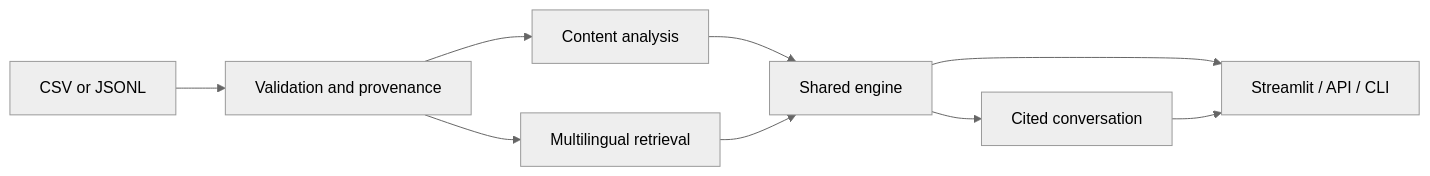
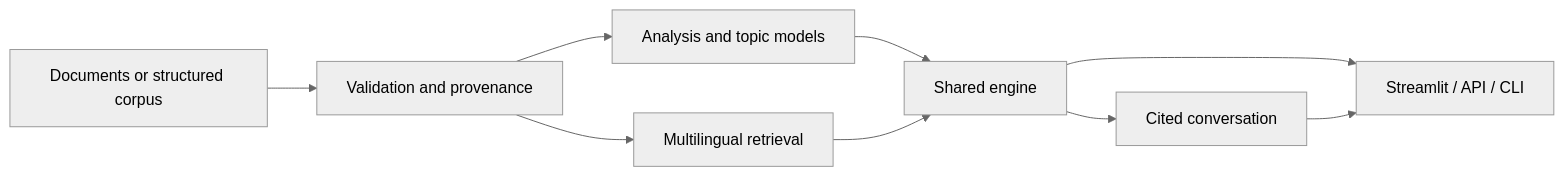
Before and after one commit to jtuozzo1616/Final-Jose-Group-NewsBot-Intelligence-System: the diagram in README.md, drawn with Mermaid (neutral theme). The commit also changed other lines of this file and 18 other files, not shown here.

````diff
--- a/README.md
+++ b/README.md
@@ -62,11 +34,11 @@
 ```mermaid
 flowchart LR
- A[CSV or JSONL] --> B[Validation and provenance]
- B --> C[Content analysis]
+ A[Documents or structured corpus] --> B[Validation and provenance]
+ B --> C[Analysis and topic models]
  B --> D[Multilingual retrieval]
  C --> E[Shared engine]
  D --> E
  E --> F[Cited conversation]
  E --> G[Streamlit / API / CLI]
  F --> G
 ```
````
